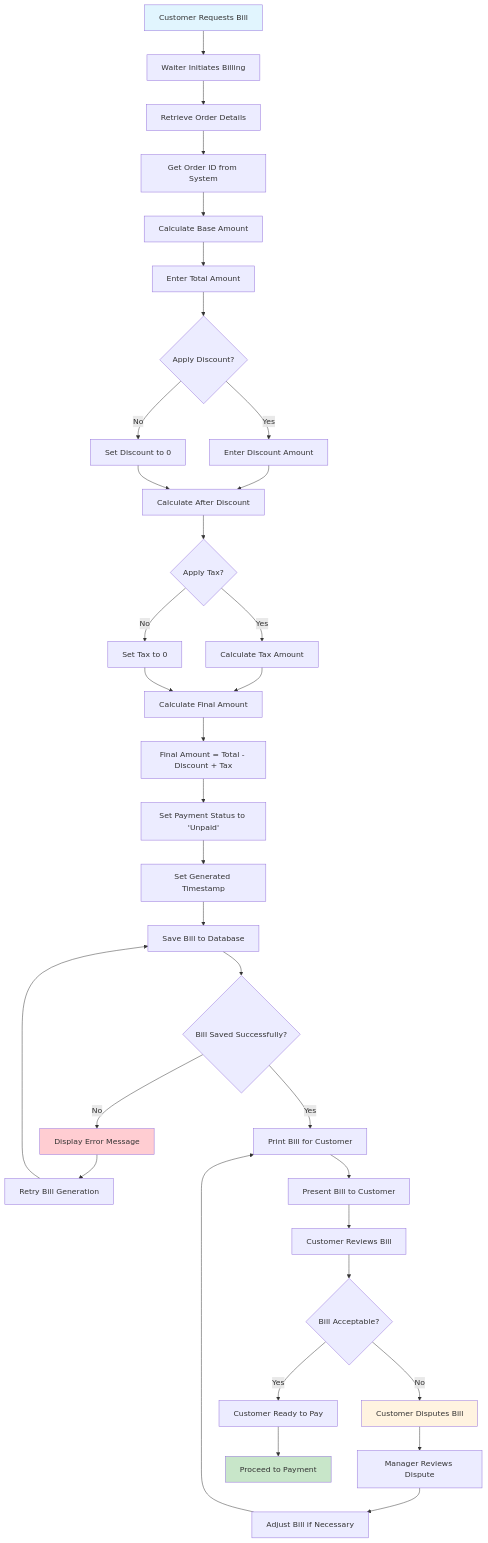
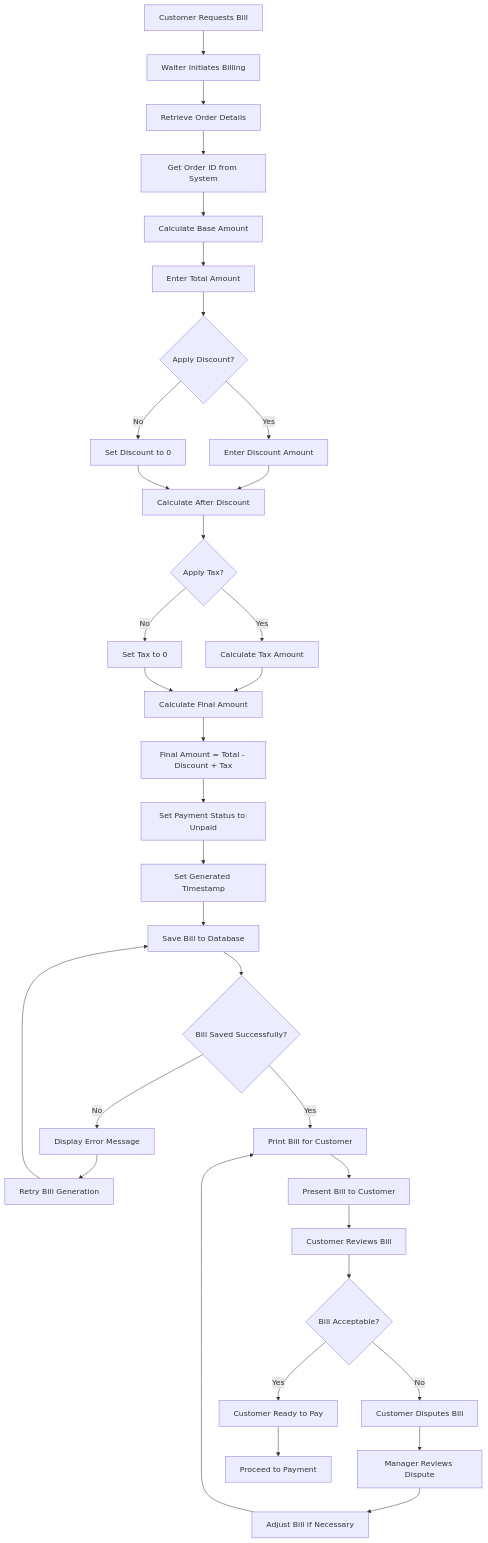
Before and after one commit to Shourya-Garg/Restaurant-management-using-jdbc: the eighth of 9 diagrams in README.md, drawn with Mermaid. The commit also changed other lines of this file, not shown here.

Commit message:
updated diagrams

````diff
--- a/README.md
+++ b/README.md
@@ -968,50 +920,45 @@
 ```mermaid
 flowchart TD
     A[Customer Requests Bill] --> B[Waiter Initiates Billing]
     B --> C[Retrieve Order Details]
     C --> D[Get Order ID from System]
     
     D --> E[Calculate Base Amount]
     E --> F[Enter Total Amount]
     F --> G{Apply Discount?}
     
     G -->|Yes| H[Enter Discount Amount]
     G -->|No| I[Set Discount to 0]
     H --> J[Calculate After Discount]
     I --> J
     
     J --> K{Apply Tax?}
     K -->|Yes| L[Calculate Tax Amount]
     K -->|No| M[Set Tax to 0]
     L --> N[Calculate Final Amount]
     M --> N
     
     N --> O[Final Amount = Total - Discount + Tax]
-    O --> P[Set Payment Status to 'Unpaid']
+    O --> P[Set Payment Status to Unpaid]
     P --> Q[Set Generated Timestamp]
     
     Q --> R[Save Bill to Database]
     R --> S{Bill Saved Successfully?}
     
     S -->|No| T[Display Error Message]
     T --> U[Retry Bill Generation]
     U --> R
     
     S -->|Yes| V[Print Bill for Customer]
     V --> W[Present Bill to Customer]
     W --> X[Customer Reviews Bill]
     
     X --> Y{Bill Acceptable?}
     Y -->|No| Z[Customer Disputes Bill]
     Z --> AA[Manager Reviews Dispute]
     AA --> BB[Adjust Bill if Necessary]
     BB --> V
     
     Y -->|Yes| CC[Customer Ready to Pay]
     CC --> DD[Proceed to Payment]
-    
-    style A fill:#e1f5fe
-    style DD fill:#c8e6c9
-    style T fill:#ffcdd2
-    style Z fill:#fff3e0
 ```
````
